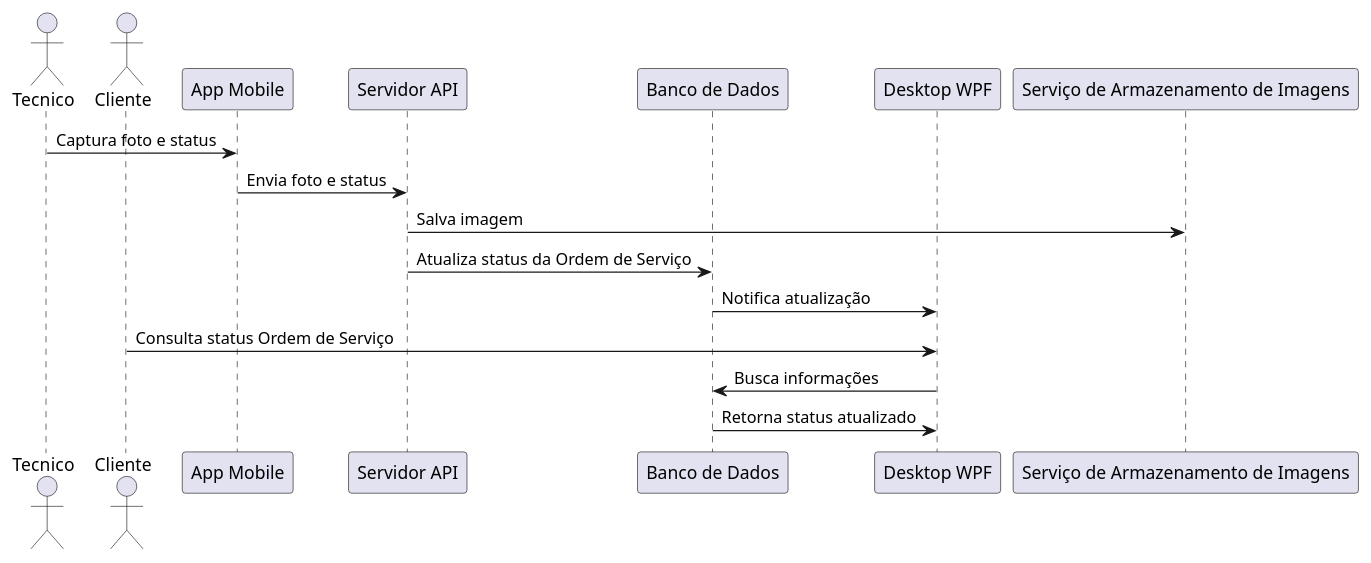
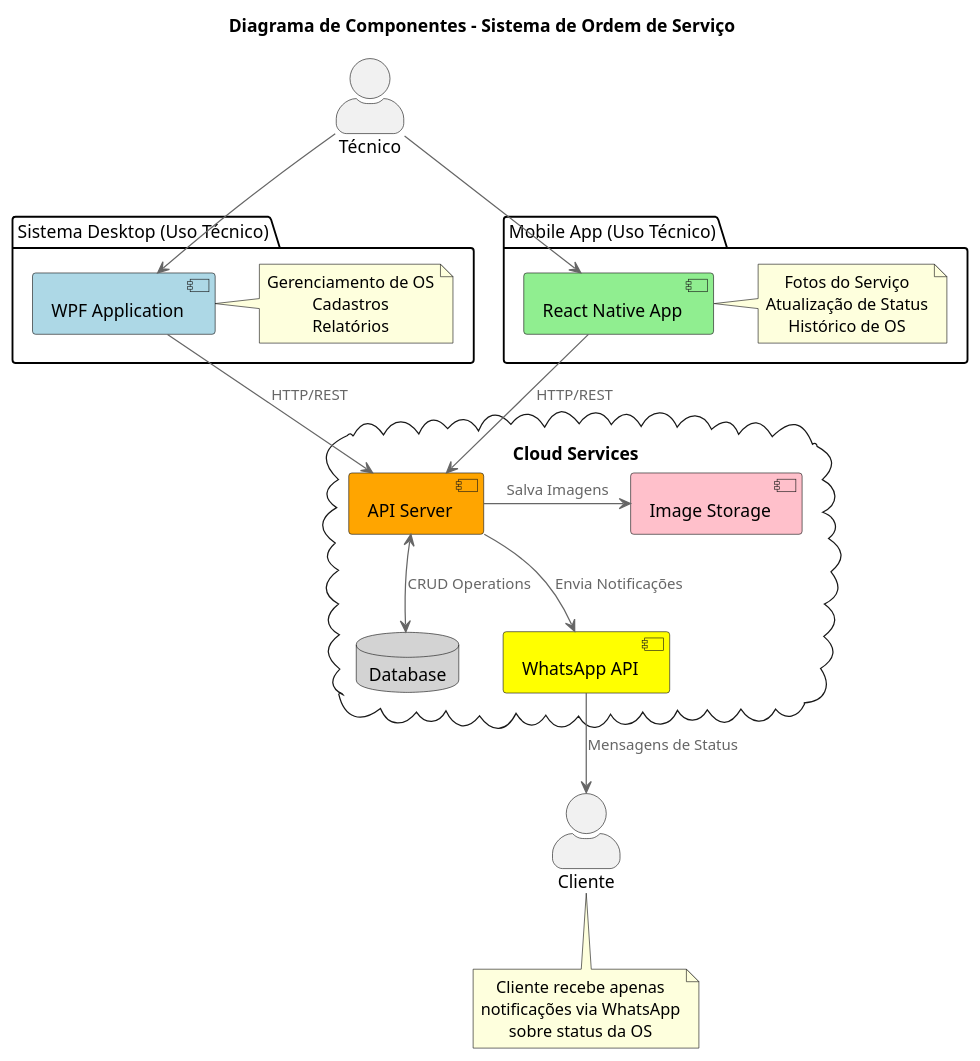
Before and after one commit to abraaodeveloper/cell-fix-manager: the diagram in docs/data_flow_diagram.puml, drawn with PlantUML. The commit also changed 6 other files, not shown here.

```diff
--- a/docs/data_flow_diagram.puml
+++ b/docs/data_flow_diagram.puml
@@ -1,19 +1,50 @@
 @startuml
-actor Tecnico
-actor Cliente
-participant "App Mobile" as Mobile
-participant "Servidor API" as API
-participant "Banco de Dados" as DB
-participant "Desktop WPF" as Desktop
-participant "Serviço de Armazenamento de Imagens" as Storage
+!include https://raw.githubusercontent.com/plantuml-stdlib/C4-PlantUML/master/C4_Component.puml
 
-Tecnico -> Mobile : Captura foto e status
-Mobile -> API : Envia foto e status
-API -> Storage : Salva imagem
-API -> DB : Atualiza status da Ordem de Serviço
-DB -> Desktop : Notifica atualização
+title Diagrama de Componentes - Sistema de Ordem de Serviço
 
-Cliente -> Desktop : Consulta status Ordem de Serviço
-Desktop -> DB : Busca informações
-DB -> Desktop : Retorna status atualizado
+actor "Técnico" as technician
+actor "Cliente" as customer
+
+package "Sistema Desktop (Uso Técnico)" {
+    [WPF Application] as desktop #lightblue
+    note right of desktop
+        Gerenciamento de OS
+        Cadastros
+        Relatórios
+    end note
+}
+
+package "Mobile App (Uso Técnico)" {
+    [React Native App] as mobile #lightgreen
+    note right of mobile
+        Fotos do Serviço
+        Atualização de Status
+        Histórico de OS
+    end note
+}
+
+cloud "Cloud Services" {
+    [API Server] as api #orange
+    [Image Storage] as storage #pink
+    database "Database" as db #lightgray
+    [WhatsApp API] as whatsapp #yellow
+}
+
+technician --> desktop
+technician --> mobile
+
+mobile -down-> api : HTTP/REST
+desktop -right-> api : HTTP/REST
+api -right-> storage : Salva Imagens
+api <-down-> db : CRUD Operations
+api -down-> whatsapp : Envia Notificações
+whatsapp -down-> customer : Mensagens de Status
+
+note bottom of customer
+    Cliente recebe apenas
+    notificações via WhatsApp
+    sobre status da OS
+end note
+
 @enduml
```
